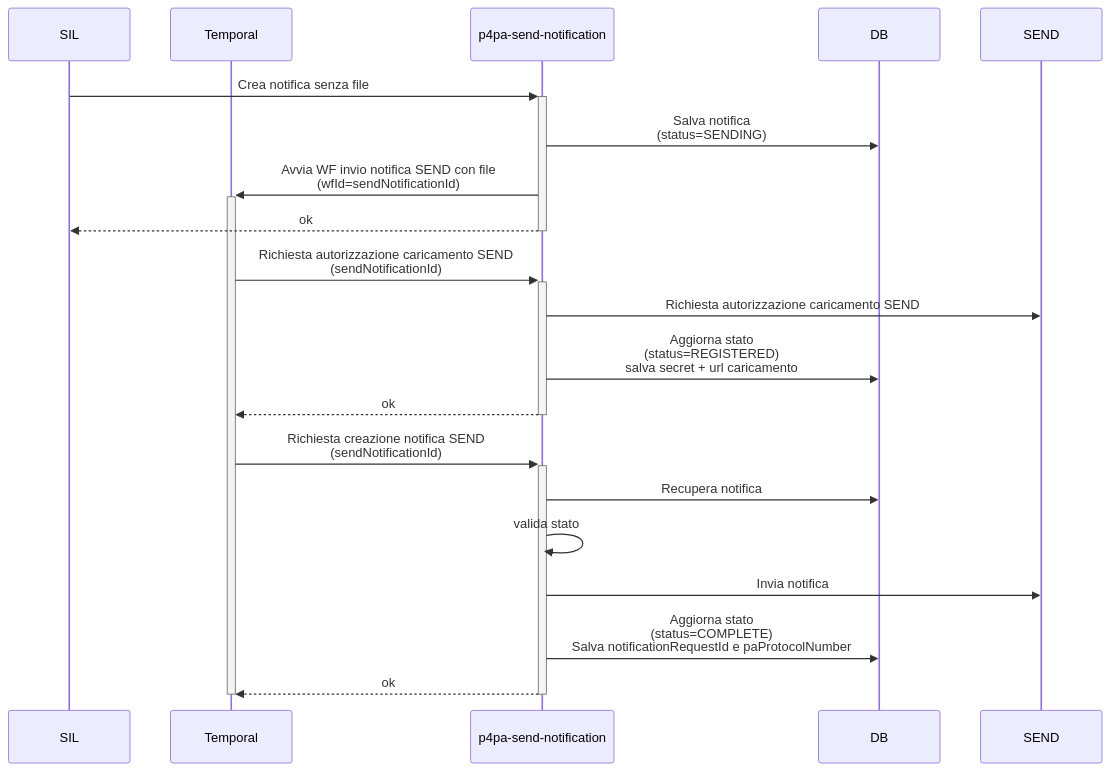
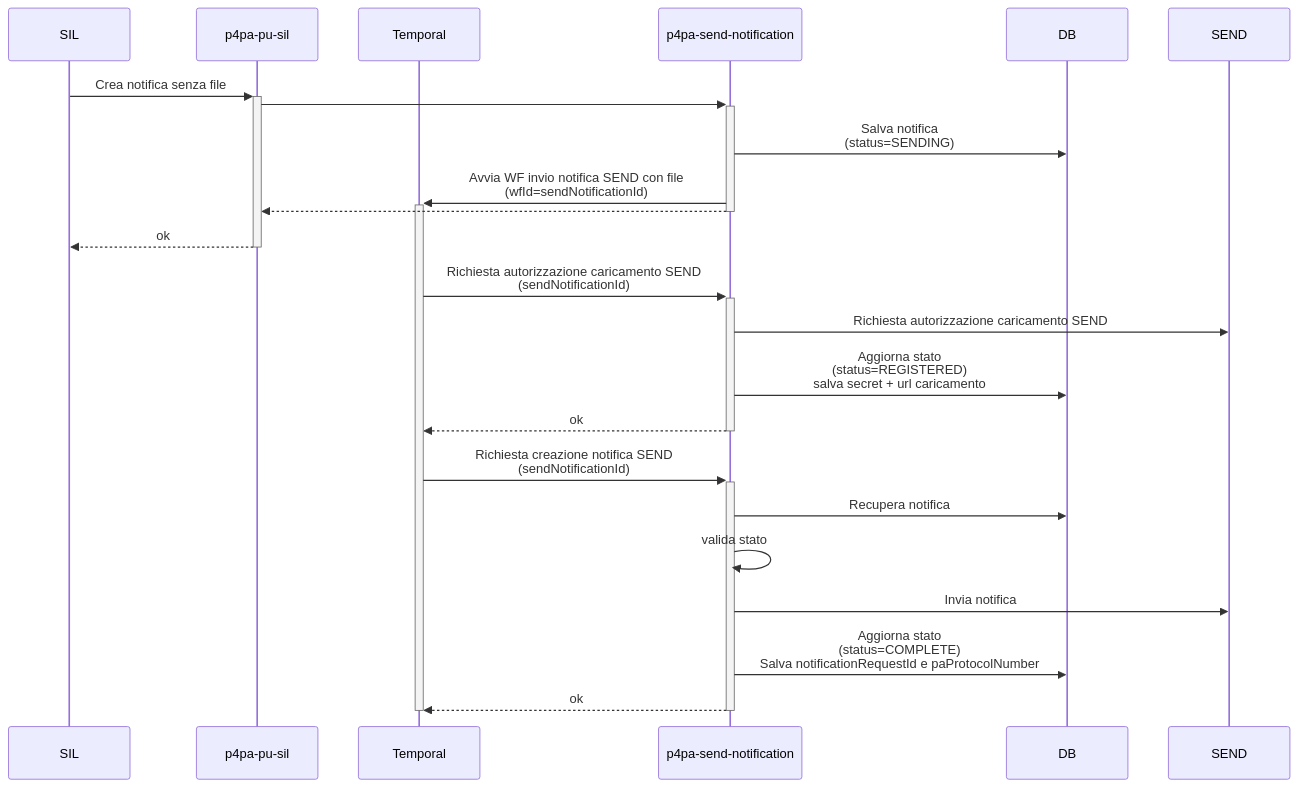
The diagram in design/send/sequence_createNotificationWithoutFile.mmd (pagopa/p4pa-doc), drawn with Mermaid before and after one commit. The commit also changed 1 other file, not shown here.

Commit message:
update send sequences to handle multiple files

```diff
--- a/design/send/sequence_createNotificationWithoutFile.mmd
+++ b/design/send/sequence_createNotificationWithoutFile.mmd
@@ -1,25 +1,28 @@
 sequenceDiagram
     participant SIL
+    participant MS_SIL as p4pa-pu-sil
     participant WF as Temporal
     participant MS_SEND as p4pa-send-notification
     participant DB
     participant SEND_PAGOPA as SEND
 
-    SIL ->>+ MS_SEND: Crea notifica senza file
-        MS_SEND ->> DB: Salva notifica <BR />(status=SENDING)
-        MS_SEND ->>+ WF: Avvia WF invio notifica SEND con file<BR />(wfId=sendNotificationId)
-    MS_SEND -->>- SIL: ok
+    SIL ->>+ MS_SIL: Crea notifica senza file
+        MS_SIL ->>+ MS_SEND: #
+            MS_SEND ->> DB: Salva notifica <BR />(status=SENDING)
+            MS_SEND ->>+ WF: Avvia WF invio notifica SEND con file<BR />(wfId=sendNotificationId)
+        MS_SEND -->>- MS_SIL: #
+    MS_SIL -->>- SIL: ok
 
     WF ->>+ MS_SEND: Richiesta autorizzazione caricamento SEND<BR />(sendNotificationId)
         MS_SEND ->> SEND_PAGOPA: Richiesta autorizzazione caricamento SEND
         MS_SEND ->> DB: Aggiorna stato<BR />(status=REGISTERED)<BR />salva secret + url caricamento
         MS_SEND -->>- WF: ok
 
     WF ->>+ MS_SEND: Richiesta creazione notifica SEND<BR />(sendNotificationId)
         MS_SEND ->> DB: Recupera notifica
         MS_SEND ->> MS_SEND: valida stato
         MS_SEND ->> SEND_PAGOPA: Invia notifica
         MS_SEND ->> DB: Aggiorna stato<BR />(status=COMPLETE)<BR />Salva notificationRequestId e paProtocolNumber
         MS_SEND -->>- WF: ok
 
     deactivate WF
```
